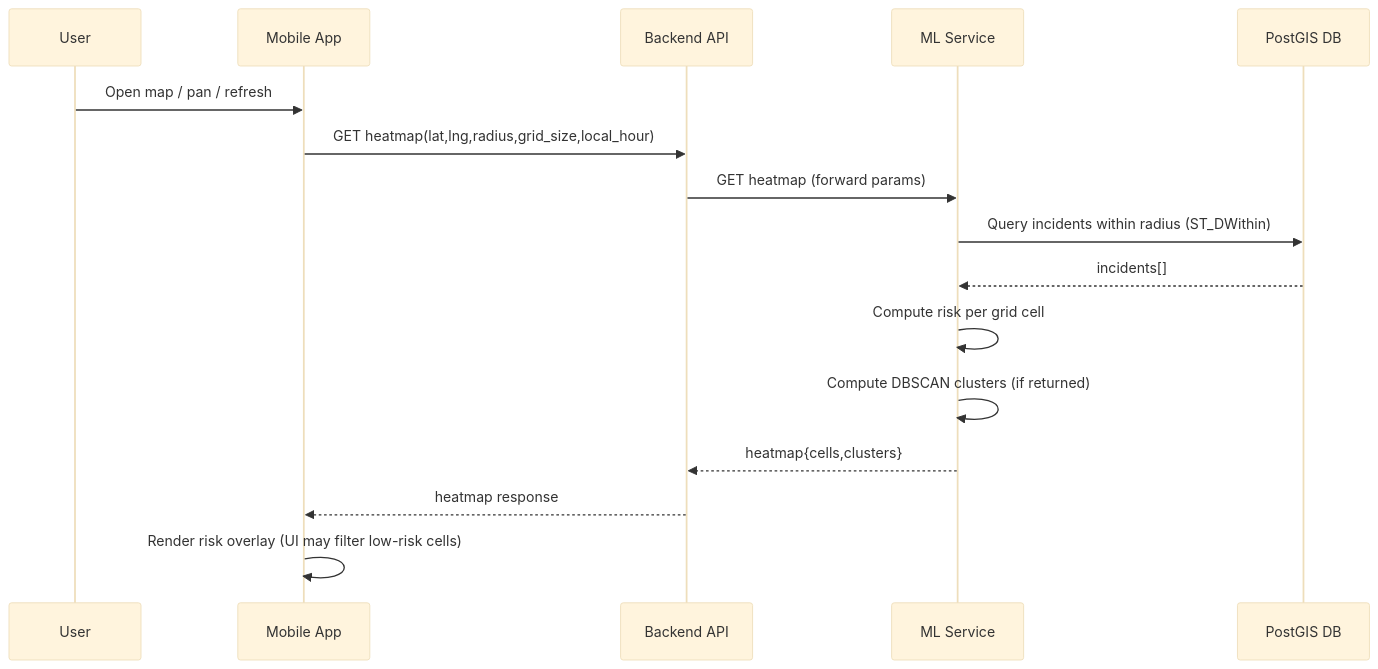
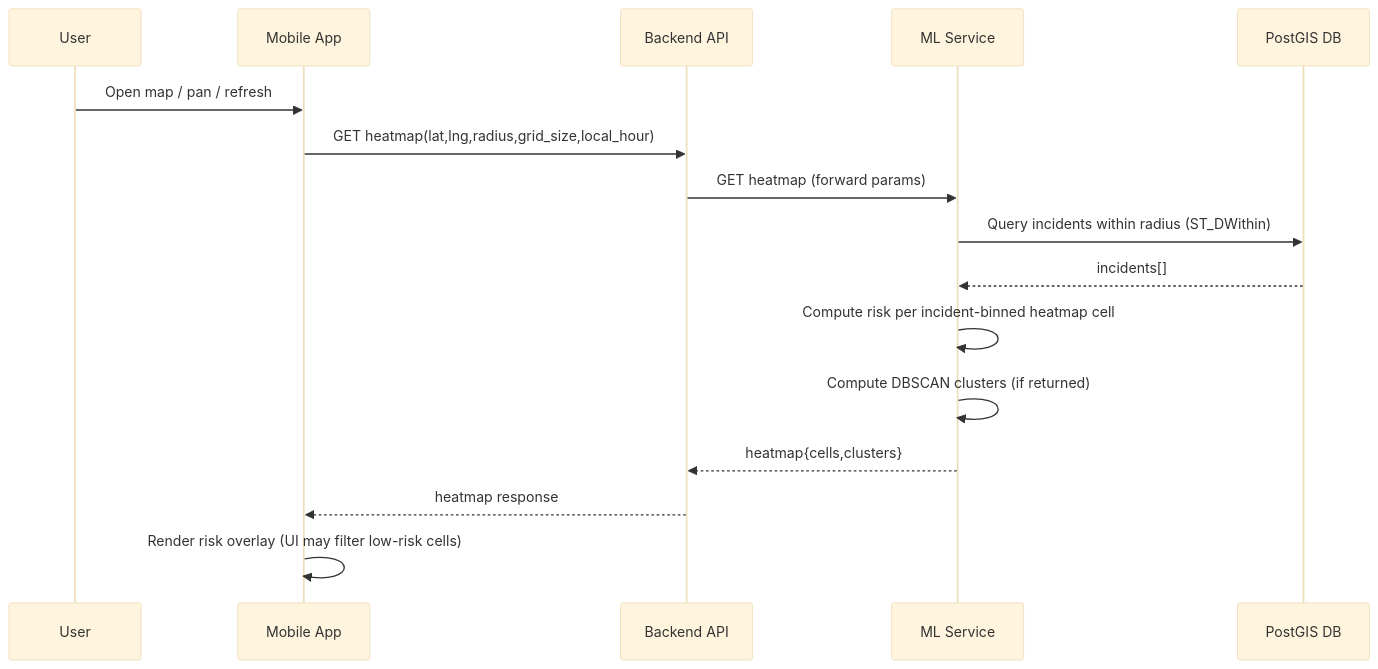
The second of 5 diagrams in RESEARCH_REPORT_CONTEXT.md (surajsinghshekhawat/Womens_Safety_UROP), drawn with Mermaid (base theme) before and after one commit. The commit also changed other lines of this file and 25 other files, not shown here.

````diff
--- a/RESEARCH_REPORT_CONTEXT.md
+++ b/RESEARCH_REPORT_CONTEXT.md
@@ -529,19 +625,19 @@
 ```mermaid
 sequenceDiagram
   participant U as User
   participant M as Mobile App
   participant B as Backend API
   participant S as ML Service
   participant D as PostGIS DB
 
   U->>M: Open map / pan / refresh
   M->>B: GET heatmap(lat,lng,radius,grid_size,local_hour)
   B->>S: GET heatmap (forward params)
   S->>D: Query incidents within radius (ST_DWithin)
   D-->>S: incidents[]
-  S->>S: Compute risk per grid cell
+  S->>S: Compute risk per incident-binned heatmap cell
   S->>S: Compute DBSCAN clusters (if returned)
   S-->>B: heatmap{cells,clusters}
   B-->>M: heatmap response
   M->>M: Render risk overlay (UI may filter low-risk cells)
 ```
````
